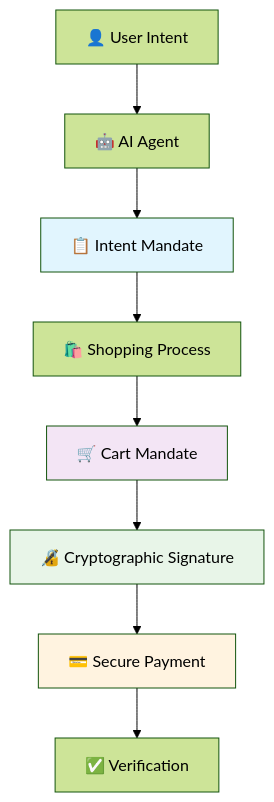
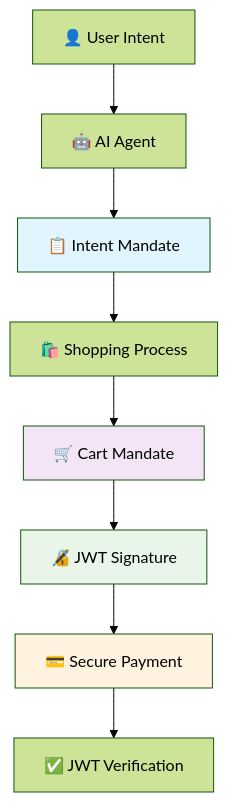
Before and after one commit to JavierCervilla/ap2-lib: the first of 3 diagrams in README.md, drawn with Mermaid (forest theme). The commit also changed other lines of this file and 2 other files, not shown here.

````diff
--- a/README.md
+++ b/README.md
@@ -52,15 +52,15 @@
 ```mermaid
 graph TB
     User[👤 User Intent] --> Agent[🤖 AI Agent]
     Agent --> IntentMandate[📋 Intent Mandate]
     IntentMandate --> Shopping[🛍️ Shopping Process]
     Shopping --> CartMandate[🛒 Cart Mandate]
-    CartMandate --> Signature[🔏 Cryptographic Signature]
-    Signature --> Payment[💳 Secure Payment]
-    Payment --> Verification[✅ Verification]
+    CartMandate --> JWT[🔏 JWT Signature]
+    JWT --> Payment[💳 Secure Payment]
+    Payment --> Verification[✅ JWT Verification]
 
     style IntentMandate fill:#e1f5fe
     style CartMandate fill:#f3e5f5
-    style Signature fill:#e8f5e8
+    style JWT fill:#e8f5e8
     style Payment fill:#fff3e0
 ```
````
